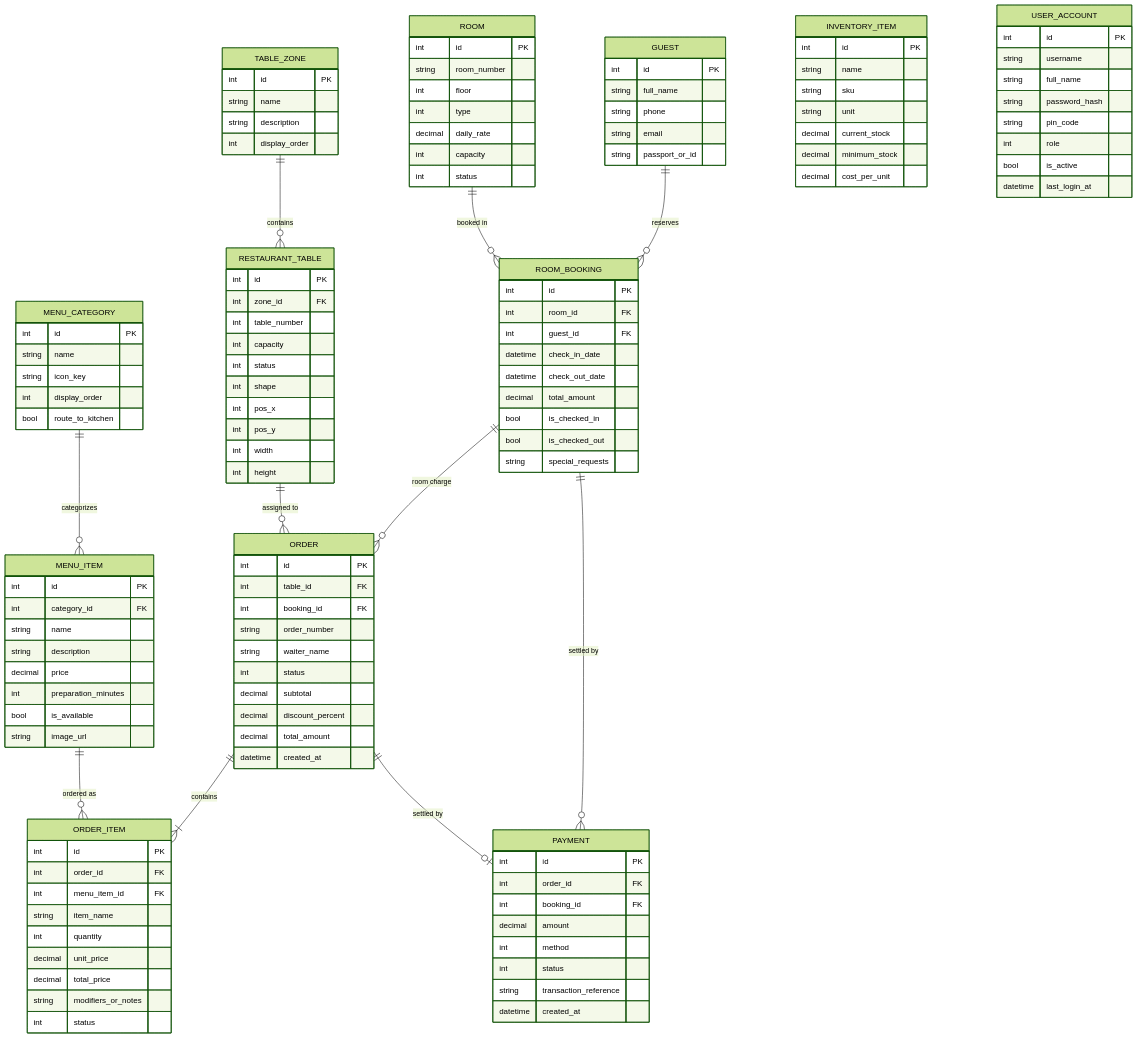
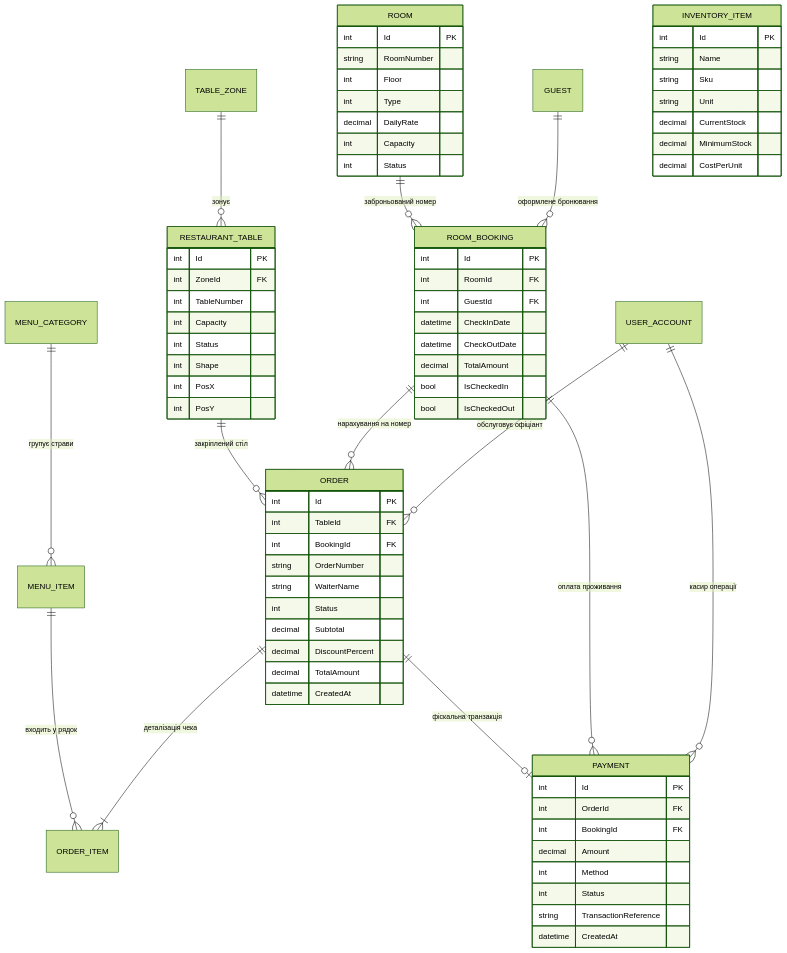
The third of 3 diagrams in README.md (MrTomkaYurii/WinForms-HoReCa-Mastery), drawn with Mermaid (forest theme) before and after one commit. The commit also changed other lines of this file, not shown here.

Commit message:
docs(readme): Overhaul master README into Ukrainian curriculum portal with C4 diagrams, ERD, and lesson catalog

````diff
--- a/README.md
+++ b/README.md
@@ -71,140 +88,83 @@
 ```mermaid
 erDiagram
-    TABLE_ZONE ||--o{ RESTAURANT_TABLE : "contains"
-    RESTAURANT_TABLE ||--o{ ORDER : "assigned to"
-    MENU_CATEGORY ||--o{ MENU_ITEM : "categorizes"
-    MENU_ITEM ||--o{ ORDER_ITEM : "ordered as"
-    ORDER ||--|{ ORDER_ITEM : "contains"
-    ORDER ||--o| PAYMENT : "settled by"
+    TABLE_ZONE ||--o{ RESTAURANT_TABLE : "зонує"
+    RESTAURANT_TABLE ||--o{ ORDER : "закріплений стіл"
+    MENU_CATEGORY ||--o{ MENU_ITEM : "групує страви"
+    MENU_ITEM ||--o{ ORDER_ITEM : "входить у рядок"
+    ORDER ||--|{ ORDER_ITEM : "деталізація чека"
+    ORDER ||--o| PAYMENT : "фіскальна транзакція"
     
-    ROOM ||--o{ ROOM_BOOKING : "booked in"
-    GUEST ||--o{ ROOM_BOOKING : "reserves"
-    ROOM_BOOKING ||--o{ ORDER : "room charge"
-    ROOM_BOOKING ||--o{ PAYMENT : "settled by"
+    ROOM ||--o{ ROOM_BOOKING : "заброньований номер"
+    GUEST ||--o{ ROOM_BOOKING : "оформлене бронювання"
+    ROOM_BOOKING ||--o{ ORDER : "нарахування на номер"
+    ROOM_BOOKING ||--o{ PAYMENT : "оплата проживання"
 
-    TABLE_ZONE {
-        int id PK
-        string name
-        string description
-        int display_order
-    }
+    USER_ACCOUNT ||--o{ ORDER : "обслуговує офіціант"
+    USER_ACCOUNT ||--o{ PAYMENT : "касир операції"
 
     RESTAURANT_TABLE {
-        int id PK
-        int zone_id FK
-        int table_number
-        int capacity
-        int status
-        int shape
-        int pos_x
-        int pos_y
-        int width
-        int height
-    }
-
-    MENU_CATEGORY {
-        int id PK
-        string name
-        string icon_key
-        int display_order
-        bool route_to_kitchen
-    }
-
-    MENU_ITEM {
-        int id PK
-        int category_id FK
-        string name
-        string description
-        decimal price
-        int preparation_minutes
-        bool is_available
-        string image_url
+        int Id PK
+        int ZoneId FK
+        int TableNumber
+        int Capacity
+        int Status
+        int Shape
+        int PosX
+        int PosY
     }
 
     ORDER {
-        int id PK
-        int table_id FK
-        int booking_id FK
-        string order_number
-        string waiter_name
-        int status
-        decimal subtotal
-        decimal discount_percent
-        decimal total_amount
-        datetime created_at
-    }
-
-    ORDER_ITEM {
-        int id PK
-        int order_id FK
-        int menu_item_id FK
-        string item_name
-        int quantity
-        decimal unit_price
-        decimal total_price
-        string modifiers_or_notes
-        int status
-    }
-
-    GUEST {
-        int id PK
-        string full_name
-        string phone
-        string email
-        string passport_or_id
+        int Id PK
+        int TableId FK
+        int BookingId FK
+        string OrderNumber
+        string WaiterName
+        int Status
+        decimal Subtotal
+        decimal DiscountPercent
+        decimal TotalAmount
+        datetime CreatedAt
     }
 
     ROOM {
-        int id PK
-        string room_number
-        int floor
-        int type
-        decimal daily_rate
-        int capacity
-        int status
+        int Id PK
+        string RoomNumber
+        int Floor
+        int Type
+        decimal DailyRate
+        int Capacity
+        int Status
     }
 
     ROOM_BOOKING {
-        int id PK
-        int room_id FK
-        int guest_id FK
-        datetime check_in_date
-        datetime check_out_date
-        decimal total_amount
-        bool is_checked_in
-        bool is_checked_out
-        string special_requests
+        int Id PK
+        int RoomId FK
+        int GuestId FK
+        datetime CheckInDate
+        datetime CheckOutDate
+        decimal TotalAmount
+        bool IsCheckedIn
+        bool IsCheckedOut
     }
 
     INVENTORY_ITEM {
-        int id PK
-        string name
-        string sku
-        string unit
-        decimal current_stock
-        decimal minimum_stock
-        decimal cost_per_unit
-    }
-
-    USER_ACCOUNT {
-        int id PK
-        string username
-        string full_name
-        string password_hash
-        string pin_code
-        int role
-        bool is_active
-        datetime last_login_at
+        int Id PK
+        string Name
+        string Sku
+        string Unit
+        decimal CurrentStock
+        decimal MinimumStock
+        decimal CostPerUnit
     }
 
     PAYMENT {
-        int id PK
-        int order_id FK
-        int booking_id FK
-        decimal amount
-        int method
-        int status
-        string transaction_reference
-        datetime created_at
+        int Id PK
+        int OrderId FK
+        int BookingId FK
+        decimal Amount
+        int Method
+        int Status
+        string TransactionReference
+        datetime CreatedAt
     }
 ```
````
